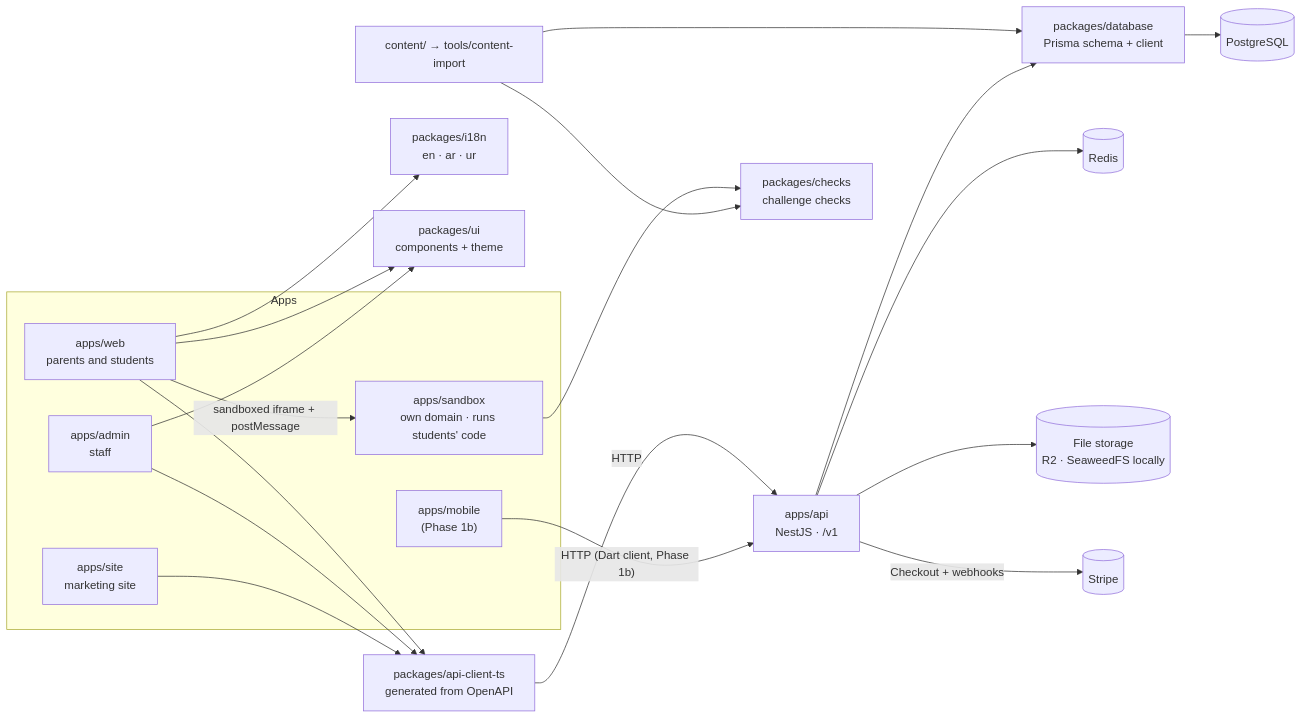
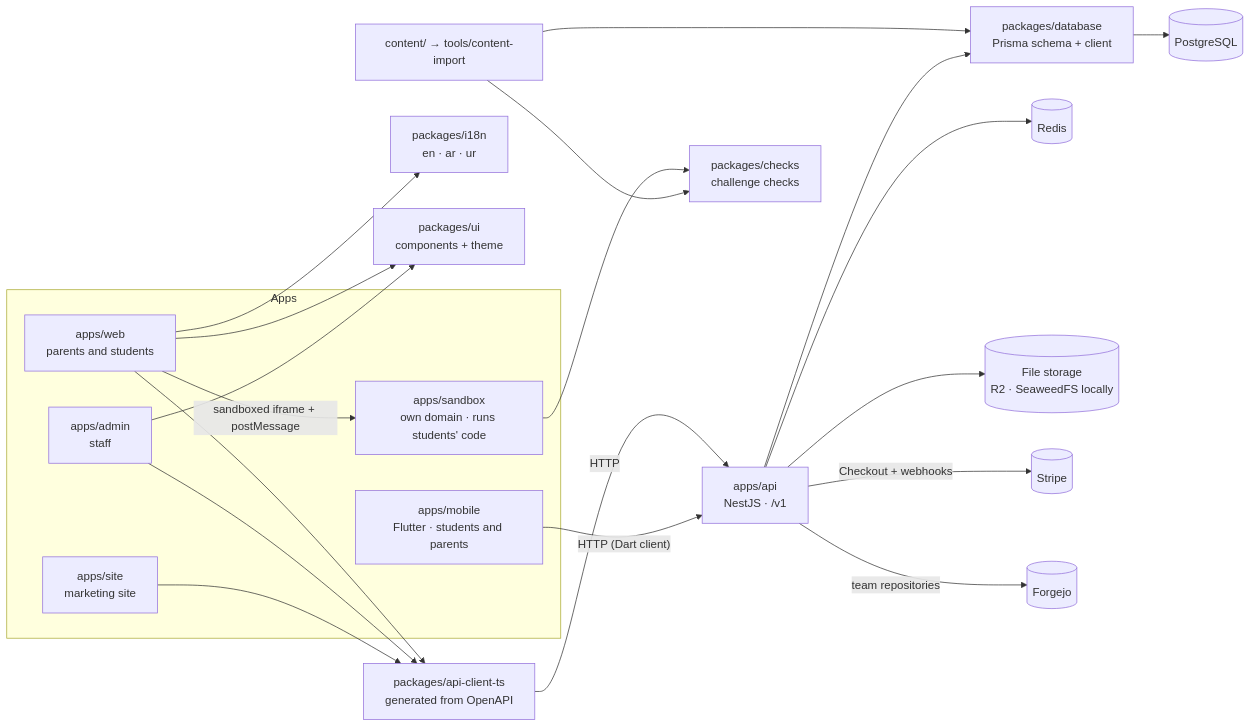
Before and after one commit to fawadeqbal/kcp: the diagram in README.md, drawn with Mermaid. The commit also changed other lines of this file and 747 other files, not shown here.

````diff
--- a/README.md
+++ b/README.md
@@ -109,37 +118,38 @@
 ```mermaid
 flowchart LR
   subgraph Clients["Apps"]
     WEB["apps/web<br/>parents and students"]
   SBX["apps/sandbox<br/>own domain · runs students' code"]
     ADM["apps/admin<br/>staff"]
     SITE["apps/site<br/>marketing site"]
-    MOB["apps/mobile<br/>(Phase 1b)"]
+    MOB["apps/mobile<br/>Flutter · students and parents"]
   end
   I18N["packages/i18n<br/>en · ar · ur"]
   UI["packages/ui<br/>components + theme"]
   CLIENT["packages/api-client-ts<br/>generated from OpenAPI"]
   API["apps/api<br/>NestJS · /v1"]
   DB["packages/database<br/>Prisma schema + client"]
   CHK["packages/checks<br/>challenge checks"]
   CNT["content/ → tools/content-import"]
   PG[("PostgreSQL")]
   RD[("Redis")]
   S3[("File storage<br/>R2 · SeaweedFS locally")]
 
   WEB --> CLIENT
   WEB -- "sandboxed iframe + postMessage" --> SBX
   SBX --> CHK
   CNT --> CHK
   CNT --> DB
   WEB --> I18N
   WEB --> UI
   ADM --> UI
   ADM --> CLIENT
   SITE --> CLIENT
   CLIENT -- HTTP --> API
-  MOB -- "HTTP (Dart client, Phase 1b)" --> API
+  MOB -- "HTTP (Dart client)" --> API
   API --> DB --> PG
   API --> RD
   API --> S3
   API -- "Checkout + webhooks" --> STRIPE[("Stripe")]
+  API -- "team repositories" --> FG[("Forgejo")]
 ```
````
